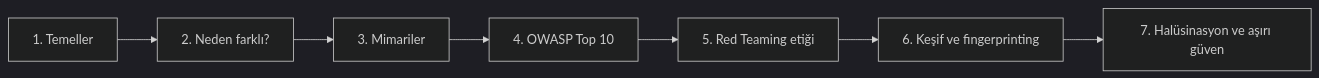
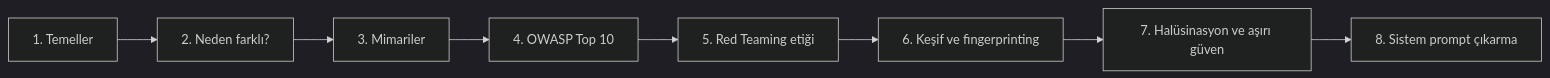
Before and after one commit to OnurTugran/notes: the diagram in Yapay Zeka Güvenliği/00 - Yapay zeka.md, drawn with Mermaid (dark theme). The commit also changed other lines of this file and 3 other files, not shown here.

````diff
--- a/Yapay Zeka Güvenliği/00 - Yapay zeka.md
+++ b/Yapay Zeka Güvenliği/00 - Yapay zeka.md
@@ -32,9 +33,10 @@
 ```mermaid
 flowchart LR
     A["1. Temeller"] --> B["2. Neden farklı?"]
     B --> C["3. Mimariler"]
     C --> D["4. OWASP Top 10"]
     D --> E["5. Red Teaming etiği"]
     E --> F["6. Keşif ve fingerprinting"]
     F --> G["7. Halüsinasyon ve aşırı güven"]
+    G --> H["8. Sistem prompt çıkarma"]
 ```
````
